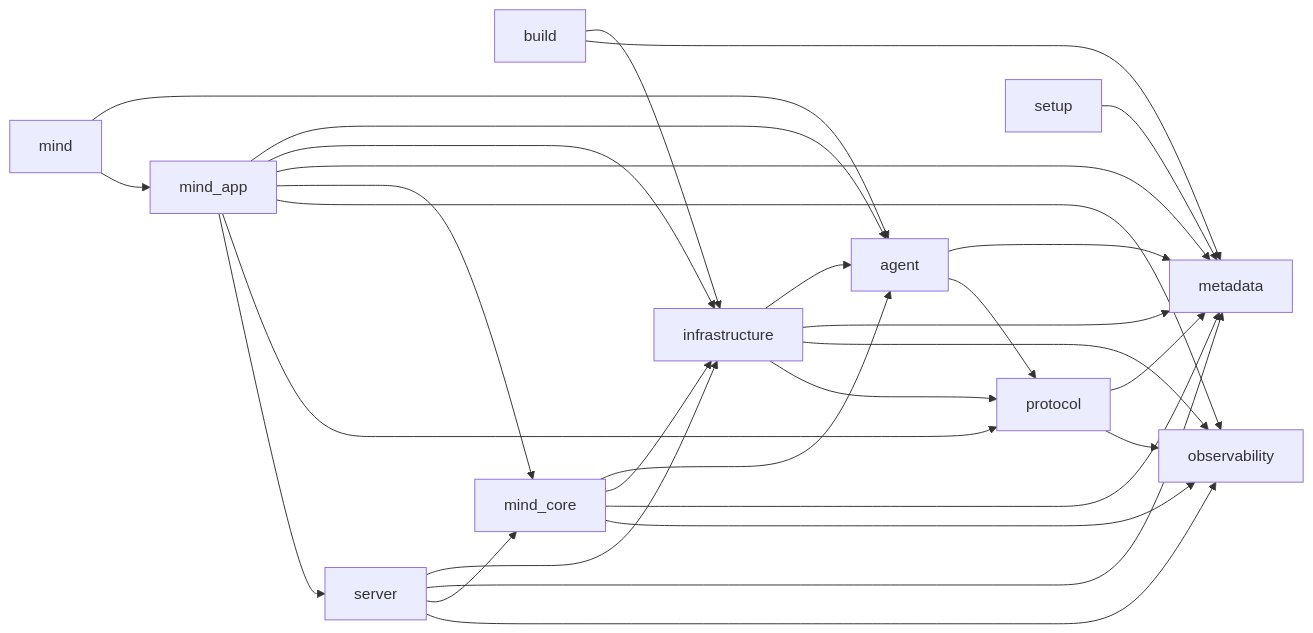
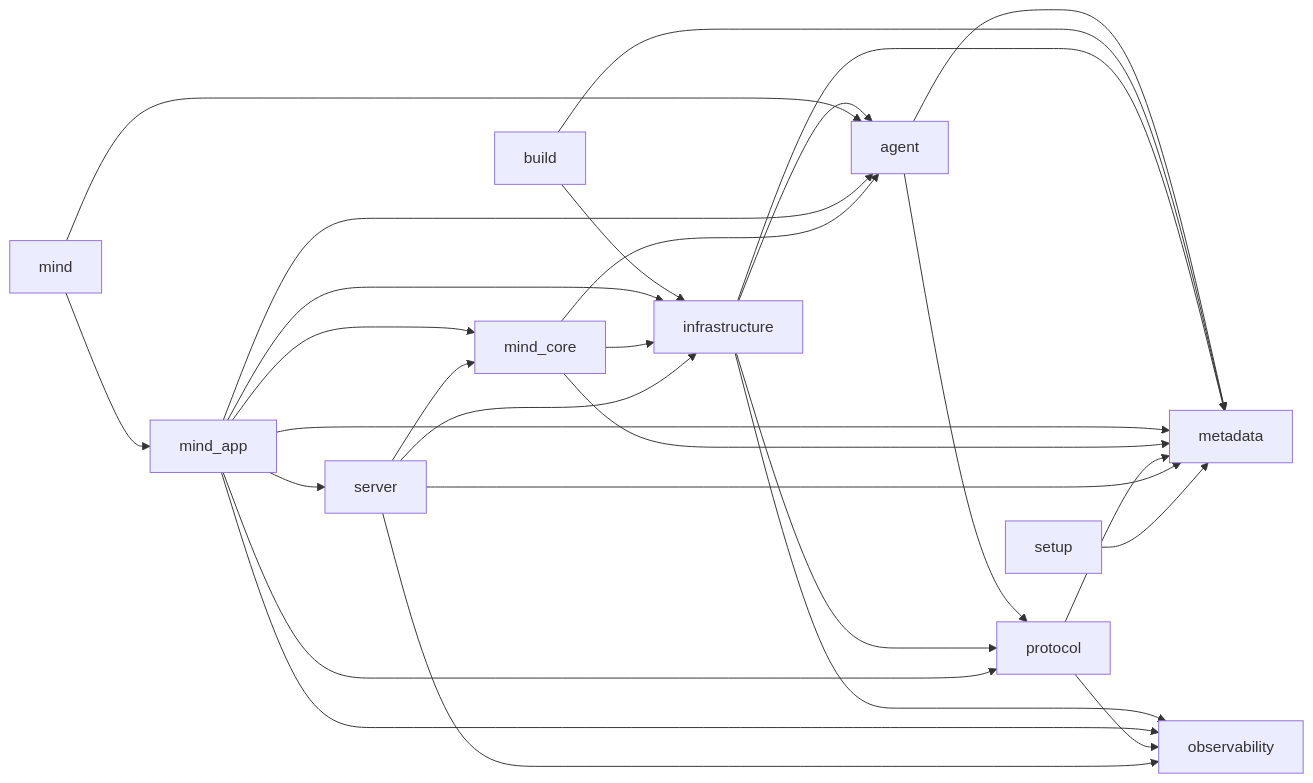
The diagram in AGENT_RUNTIME_IMPORT_GRAPH.md (AxionixLabs/ProxyMind), drawn with Mermaid before and after one commit. The commit also changed other lines of this file and 13 other files, not shown here.

````diff
--- a/AGENT_RUNTIME_IMPORT_GRAPH.md
+++ b/AGENT_RUNTIME_IMPORT_GRAPH.md
@@ -15,31 +15,30 @@
 ```mermaid
 flowchart LR
     agent --> metadata
     agent --> protocol
     build --> infrastructure
     build --> metadata
     infrastructure --> agent
     infrastructure --> metadata
     infrastructure --> observability
     infrastructure --> protocol
     mind --> agent
     mind --> mind_app
     mind_app --> agent
     mind_app --> infrastructure
     mind_app --> metadata
     mind_app --> mind_core
     mind_app --> observability
     mind_app --> protocol
     mind_app --> server
     mind_core --> agent
     mind_core --> infrastructure
     mind_core --> metadata
-    mind_core --> observability
     protocol --> metadata
     protocol --> observability
     server --> infrastructure
     server --> metadata
     server --> mind_core
     server --> observability
     setup --> metadata
 ```
````
